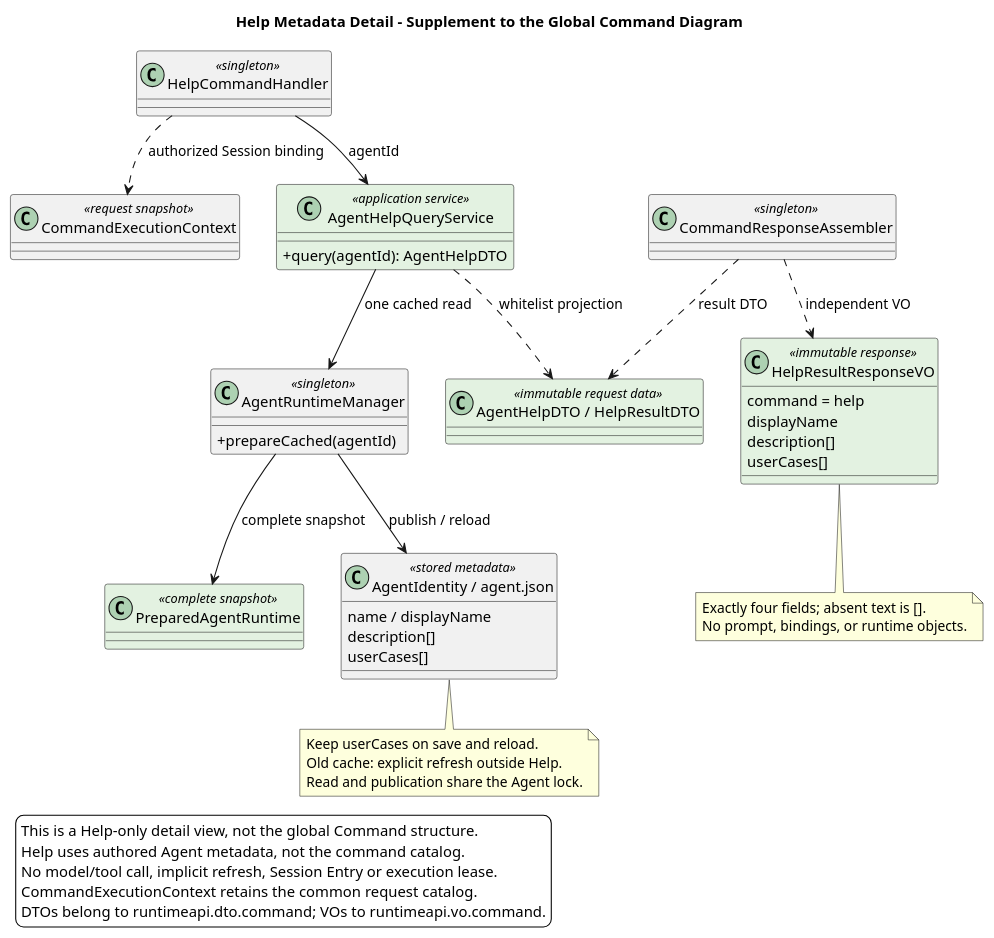
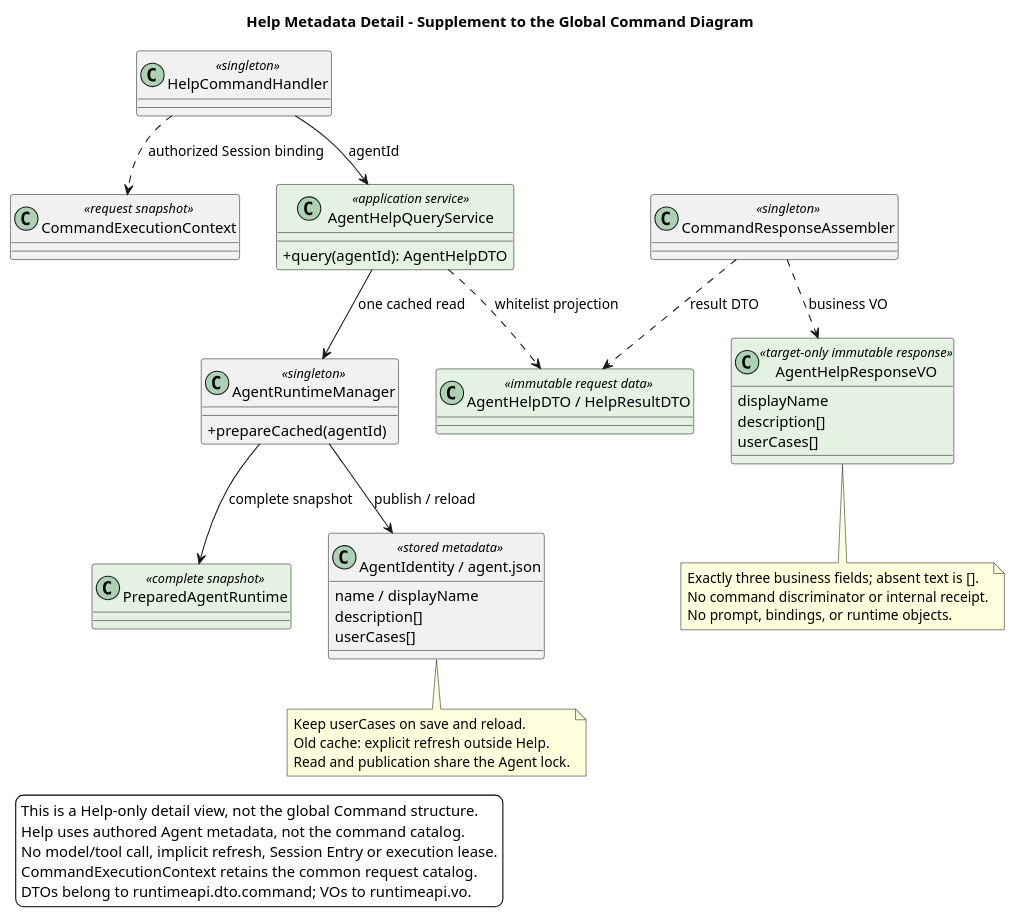
The diagram in 04-命令与技能/01-内置命令/Help-Agent使用指南/diagram.puml (ssm0808/pi-mono-java-design), drawn with PlantUML before and after one commit. The commit also changed 21 other files, not shown here.

```diff
--- a/04-命令与技能/01-内置命令/Help-Agent使用指南/diagram.puml
+++ b/04-命令与技能/01-内置命令/Help-Agent使用指南/diagram.puml
@@ -1,66 +1,66 @@
 @startuml target_help_metadata_classes
 title Help Metadata Detail - Supplement to the Global Command Diagram
 top to bottom direction
 skinparam shadowing false
 skinparam backgroundColor white
 skinparam classAttributeIconSize 0
 skinparam nodesep 35
 skinparam ranksep 45
 ' Source evidence: pi-mono-java@d8e22562 modules/coding-agent-cli/src/main/java/com/campusclaw/codingagent/runtimeapi/command/execution/CommandExecutionContext.java session and catalog.
 ' Source evidence: pi-mono-java@d8e22562 modules/coding-agent-cli/src/main/java/com/campusclaw/codingagent/runtime/AgentRuntimeManager.java prepareCached, toIdentity:630, toRuntime:646, AgentIdentity:717.
 ' Source evidence: pi-mono-java@d8e22562 modules/coding-agent-cli/src/main/java/com/campusclaw/codingagent/runtime/PreparedAgentRuntime.java metadata.
 ' Observed behavior: the identity cache omits userCases; reload currently returns an empty list.
 ' Design reason: move cache and response detail out of the global diagram without hiding the global responsibility chain.
 ' Target-only: Help adapters, query service, DTOs, response projection and cache completion are confirmed targets.
 
 class CommandExecutionContext <<request snapshot>>
 class HelpCommandHandler <<singleton>>
 class AgentHelpQueryService <<application service>> #E3F2E1 {
   +query(agentId): AgentHelpDTO
 }
 class AgentRuntimeManager <<singleton>> {
   +prepareCached(agentId)
 }
 class PreparedAgentRuntime <<complete snapshot>> #E3F2E1
 class "AgentIdentity / agent.json" as AgentIdentity <<stored metadata>> {
   name / displayName
   description[]
   userCases[]
 }
 class "AgentHelpDTO / HelpResultDTO" as HelpData <<immutable request data>> #E3F2E1
 class CommandResponseAssembler <<singleton>>
-class HelpResultResponseVO <<immutable response>> #E3F2E1 {
-  command = help
+class AgentHelpResponseVO <<target-only immutable response>> #E3F2E1 {
   displayName
   description[]
   userCases[]
 }
 
 HelpCommandHandler ..> CommandExecutionContext : authorized Session binding
 HelpCommandHandler --> AgentHelpQueryService : agentId
 AgentHelpQueryService --> AgentRuntimeManager : one cached read
 AgentRuntimeManager --> PreparedAgentRuntime : complete snapshot
 AgentRuntimeManager --> AgentIdentity : publish / reload
 AgentHelpQueryService ..> HelpData : whitelist projection
 CommandResponseAssembler ..> HelpData : result DTO
-CommandResponseAssembler ..> HelpResultResponseVO : independent VO
+CommandResponseAssembler ..> AgentHelpResponseVO : business VO
 
 note bottom of AgentIdentity
 Keep userCases on save and reload.
 Old cache: explicit refresh outside Help.
 Read and publication share the Agent lock.
 end note
 
-note bottom of HelpResultResponseVO
-Exactly four fields; absent text is [].
+note bottom of AgentHelpResponseVO
+Exactly three business fields; absent text is [].
+No command discriminator or internal receipt.
 No prompt, bindings, or runtime objects.
 end note
 
 legend bottom left
 This is a Help-only detail view, not the global Command structure.
 Help uses authored Agent metadata, not the command catalog.
 No model/tool call, implicit refresh, Session Entry or execution lease.
 CommandExecutionContext retains the common request catalog.
-DTOs belong to runtimeapi.dto.command; VOs to runtimeapi.vo.command.
+DTOs belong to runtimeapi.dto.command; VOs to runtimeapi.vo.
 endlegend
 @enduml
```
